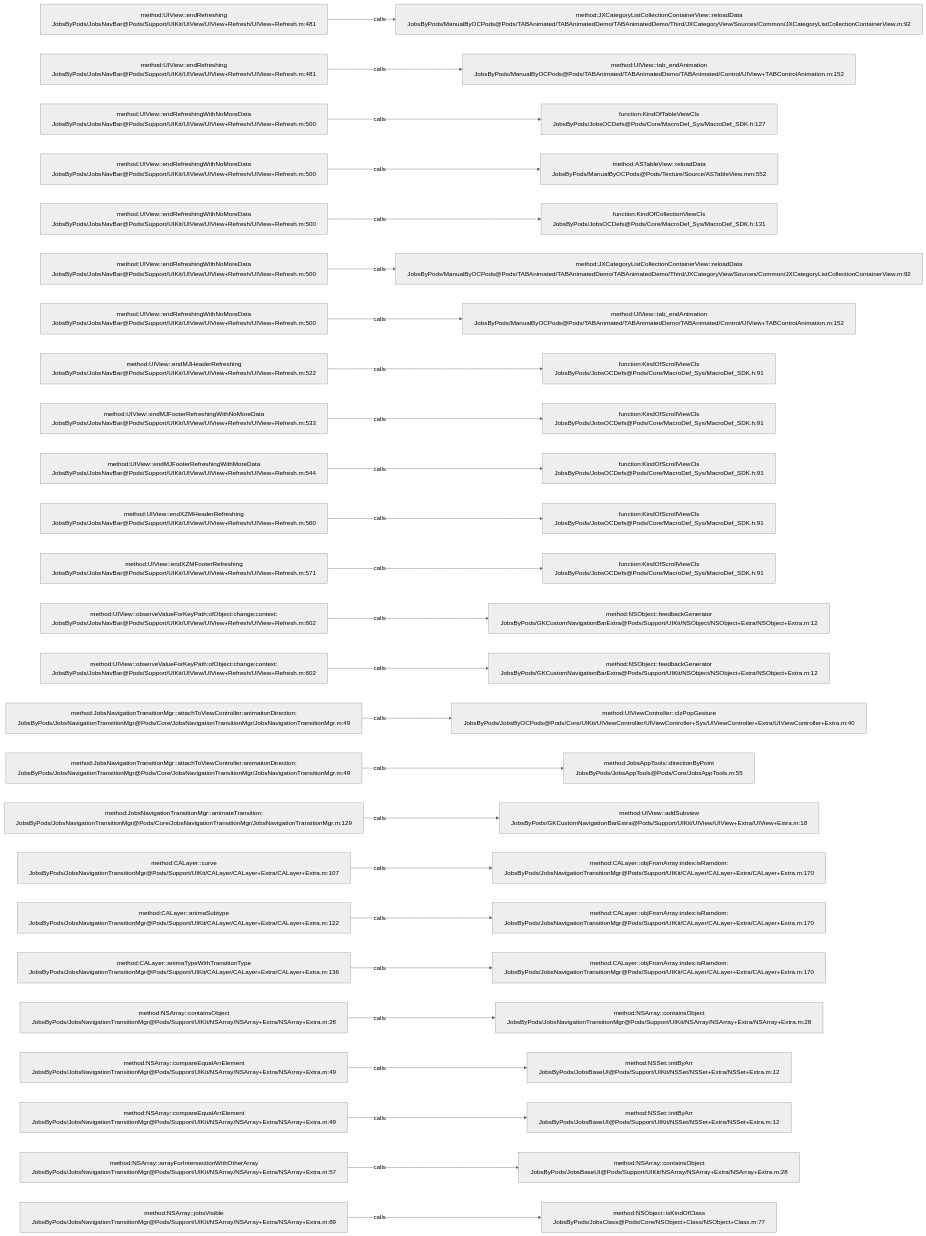
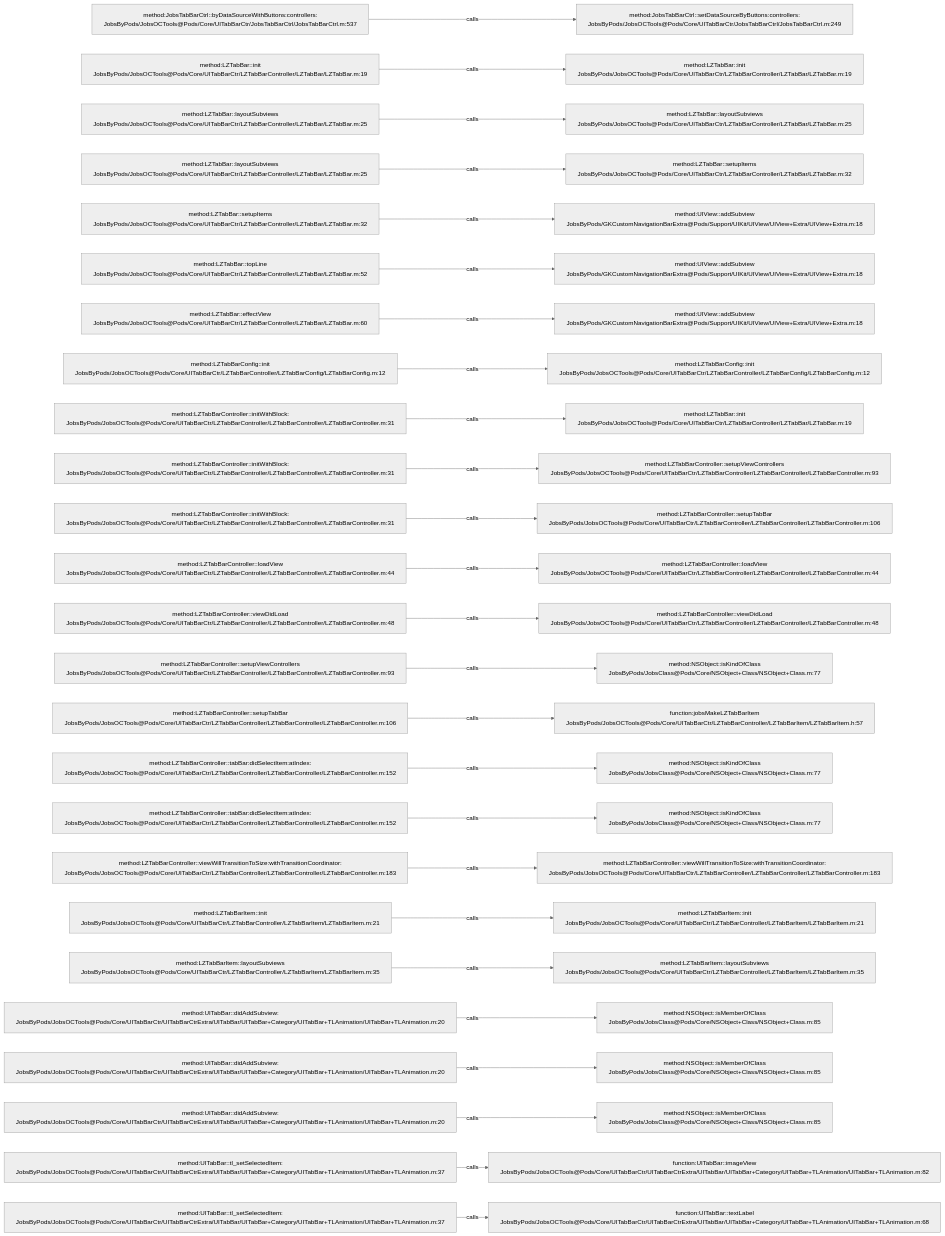
The diagram in .codegraph/codegraph.md/graphs/calls-160.md (JobsKits/JobsOCBaseConfigDemo), drawn with Mermaid (neutral theme) before and after one commit. The commit also changed 1026 other files, not shown here.

````diff
--- a/.codegraph/codegraph.md/graphs/calls-160.md
+++ b/.codegraph/codegraph.md/graphs/calls-160.md
@@ -13,78 +13,78 @@
 ```mermaid
 flowchart LR
-  S1["method:UIView::endRefreshing<br/>JobsByPods/JobsNavBar@Pods/Support/UIKit/UIView/UIView+Refresh/UIView+Refresh.m:481"]
-  T1["method:JXCategoryListCollectionContainerView::reloadData<br/>JobsByPods/ManualByOCPods@Pods/TABAnimated/TABAnimatedDemo/TABAnimatedDemo/Third/JXCategoryView/Sources/Common/JXCategoryListCollectionContainerView.m:92"]
+  S1["method:JobsTabBarCtrl::byDataSourceWithButtons:controllers:<br/>JobsByPods/JobsOCTools@Pods/Core/UITabBarCtr/JobsTabBarCtrl/JobsTabBarCtrl.m:537"]
+  T1["method:JobsTabBarCtrl::setDataSourceByButtons:controllers:<br/>JobsByPods/JobsOCTools@Pods/Core/UITabBarCtr/JobsTabBarCtrl/JobsTabBarCtrl.m:249"]
   S1 -->|calls| T1
-  S2["method:UIView::endRefreshing<br/>JobsByPods/JobsNavBar@Pods/Support/UIKit/UIView/UIView+Refresh/UIView+Refresh.m:481"]
-  T2["method:UIView::tab_endAnimation<br/>JobsByPods/ManualByOCPods@Pods/TABAnimated/TABAnimatedDemo/TABAnimated/Control/UIView+TABControlAnimation.m:152"]
+  S2["method:LZTabBar::init<br/>JobsByPods/JobsOCTools@Pods/Core/UITabBarCtr/LZTabBarController/LZTabBar/LZTabBar.m:19"]
+  T2["method:LZTabBar::init<br/>JobsByPods/JobsOCTools@Pods/Core/UITabBarCtr/LZTabBarController/LZTabBar/LZTabBar.m:19"]
   S2 -->|calls| T2
-  S3["method:UIView::endRefreshingWithNoMoreData<br/>JobsByPods/JobsNavBar@Pods/Support/UIKit/UIView/UIView+Refresh/UIView+Refresh.m:500"]
-  T3["function:KindOfTableViewCls<br/>JobsByPods/JobsOCDefs@Pods/Core/MacroDef_Sys/MacroDef_SDK.h:127"]
+  S3["method:LZTabBar::layoutSubviews<br/>JobsByPods/JobsOCTools@Pods/Core/UITabBarCtr/LZTabBarController/LZTabBar/LZTabBar.m:25"]
+  T3["method:LZTabBar::layoutSubviews<br/>JobsByPods/JobsOCTools@Pods/Core/UITabBarCtr/LZTabBarController/LZTabBar/LZTabBar.m:25"]
   S3 -->|calls| T3
-  S4["method:UIView::endRefreshingWithNoMoreData<br/>JobsByPods/JobsNavBar@Pods/Support/UIKit/UIView/UIView+Refresh/UIView+Refresh.m:500"]
-  T4["method:ASTableView::reloadData<br/>JobsByPods/ManualByOCPods@Pods/Texture/Source/ASTableView.mm:552"]
+  S4["method:LZTabBar::layoutSubviews<br/>JobsByPods/JobsOCTools@Pods/Core/UITabBarCtr/LZTabBarController/LZTabBar/LZTabBar.m:25"]
+  T4["method:LZTabBar::setupItems<br/>JobsByPods/JobsOCTools@Pods/Core/UITabBarCtr/LZTabBarController/LZTabBar/LZTabBar.m:32"]
   S4 -->|calls| T4
-  S5["method:UIView::endRefreshingWithNoMoreData<br/>JobsByPods/JobsNavBar@Pods/Support/UIKit/UIView/UIView+Refresh/UIView+Refresh.m:500"]
-  T5["function:KindOfCollectionViewCls<br/>JobsByPods/JobsOCDefs@Pods/Core/MacroDef_Sys/MacroDef_SDK.h:131"]
+  S5["method:LZTabBar::setupItems<br/>JobsByPods/JobsOCTools@Pods/Core/UITabBarCtr/LZTabBarController/LZTabBar/LZTabBar.m:32"]
+  T5["method:UIView::addSubview<br/>JobsByPods/GKCustomNavigationBarExtra@Pods/Support/UIKit/UIView/UIView+Extra/UIView+Extra.m:18"]
   S5 -->|calls| T5
-  S6["method:UIView::endRefreshingWithNoMoreData<br/>JobsByPods/JobsNavBar@Pods/Support/UIKit/UIView/UIView+Refresh/UIView+Refresh.m:500"]
-  T6["method:JXCategoryListCollectionContainerView::reloadData<br/>JobsByPods/ManualByOCPods@Pods/TABAnimated/TABAnimatedDemo/TABAnimatedDemo/Third/JXCategoryView/Sources/Common/JXCategoryListCollectionContainerView.m:92"]
+  S6["method:LZTabBar::topLine<br/>JobsByPods/JobsOCTools@Pods/Core/UITabBarCtr/LZTabBarController/LZTabBar/LZTabBar.m:52"]
+  T6["method:UIView::addSubview<br/>JobsByPods/GKCustomNavigationBarExtra@Pods/Support/UIKit/UIView/UIView+Extra/UIView+Extra.m:18"]
   S6 -->|calls| T6
-  S7["method:UIView::endRefreshingWithNoMoreData<br/>JobsByPods/JobsNavBar@Pods/Support/UIKit/UIView/UIView+Refresh/UIView+Refresh.m:500"]
-  T7["method:UIView::tab_endAnimation<br/>JobsByPods/ManualByOCPods@Pods/TABAnimated/TABAnimatedDemo/TABAnimated/Control/UIView+TABControlAnimation.m:152"]
+  S7["method:LZTabBar::effectView<br/>JobsByPods/JobsOCTools@Pods/Core/UITabBarCtr/LZTabBarController/LZTabBar/LZTabBar.m:60"]
+  T7["method:UIView::addSubview<br/>JobsByPods/GKCustomNavigationBarExtra@Pods/Support/UIKit/UIView/UIView+Extra/UIView+Extra.m:18"]
   S7 -->|calls| T7
-  S8["method:UIView::endMJHeaderRefreshing<br/>JobsByPods/JobsNavBar@Pods/Support/UIKit/UIView/UIView+Refresh/UIView+Refresh.m:522"]
-  T8["function:KindOfScrollViewCls<br/>JobsByPods/JobsOCDefs@Pods/Core/MacroDef_Sys/MacroDef_SDK.h:91"]
+  S8["method:LZTabBarConfig::init<br/>JobsByPods/JobsOCTools@Pods/Core/UITabBarCtr/LZTabBarController/LZTabBarConfig/LZTabBarConfig.m:12"]
+  T8["method:LZTabBarConfig::init<br/>JobsByPods/JobsOCTools@Pods/Core/UITabBarCtr/LZTabBarController/LZTabBarConfig/LZTabBarConfig.m:12"]
   S8 -->|calls| T8
-  S9["method:UIView::endMJFooterRefreshingWithNoMoreData<br/>JobsByPods/JobsNavBar@Pods/Support/UIKit/UIView/UIView+Refresh/UIView+Refresh.m:533"]
-  T9["function:KindOfScrollViewCls<br/>JobsByPods/JobsOCDefs@Pods/Core/MacroDef_Sys/MacroDef_SDK.h:91"]
+  S9["method:LZTabBarController::initWithBlock:<br/>JobsByPods/JobsOCTools@Pods/Core/UITabBarCtr/LZTabBarController/LZTabBarController/LZTabBarController.m:31"]
+  T9["method:LZTabBar::init<br/>JobsByPods/JobsOCTools@Pods/Core/UITabBarCtr/LZTabBarController/LZTabBar/LZTabBar.m:19"]
   S9 -->|calls| T9
-  S10["method:UIView::endMJFooterRefreshingWithMoreData<br/>JobsByPods/JobsNavBar@Pods/Support/UIKit/UIView/UIView+Refresh/UIView+Refresh.m:544"]
-  T10["function:KindOfScrollViewCls<br/>JobsByPods/JobsOCDefs@Pods/Core/MacroDef_Sys/MacroDef_SDK.h:91"]
+  S10["method:LZTabBarController::initWithBlock:<br/>JobsByPods/JobsOCTools@Pods/Core/UITabBarCtr/LZTabBarController/LZTabBarController/LZTabBarController.m:31"]
+  T10["method:LZTabBarController::setupViewControllers<br/>JobsByPods/JobsOCTools@Pods/Core/UITabBarCtr/LZTabBarController/LZTabBarController/LZTabBarController.m:93"]
   S10 -->|calls| T10
-  S11["method:UIView::endXZMHeaderRefreshing<br/>JobsByPods/JobsNavBar@Pods/Support/UIKit/UIView/UIView+Refresh/UIView+Refresh.m:560"]
-  T11["function:KindOfScrollViewCls<br/>JobsByPods/JobsOCDefs@Pods/Core/MacroDef_Sys/MacroDef_SDK.h:91"]
+  S11["method:LZTabBarController::initWithBlock:<br/>JobsByPods/JobsOCTools@Pods/Core/UITabBarCtr/LZTabBarController/LZTabBarController/LZTabBarController.m:31"]
+  T11["method:LZTabBarController::setupTabBar<br/>JobsByPods/JobsOCTools@Pods/Core/UITabBarCtr/LZTabBarController/LZTabBarController/LZTabBarController.m:106"]
   S11 -->|calls| T11
-  S12["method:UIView::endXZMFooterRefreshing<br/>JobsByPods/JobsNavBar@Pods/Support/UIKit/UIView/UIView+Refresh/UIView+Refresh.m:571"]
-  T12["function:KindOfScrollViewCls<br/>JobsByPods/JobsOCDefs@Pods/Core/MacroDef_Sys/MacroDef_SDK.h:91"]
+  S12["method:LZTabBarController::loadView<br/>JobsByPods/JobsOCTools@Pods/Core/UITabBarCtr/LZTabBarController/LZTabBarController/LZTabBarController.m:44"]
+  T12["method:LZTabBarController::loadView<br/>JobsByPods/JobsOCTools@Pods/Core/UITabBarCtr/LZTabBarController/LZTabBarController/LZTabBarController.m:44"]
   S12 -->|calls| T12
-  S13["method:UIView::observeValueForKeyPath:ofObject:change:context:<br/>JobsByPods/JobsNavBar@Pods/Support/UIKit/UIView/UIView+Refresh/UIView+Refresh.m:602"]
-  T13["method:NSObject::feedbackGenerator<br/>JobsByPods/GKCustomNavigationBarExtra@Pods/Support/UIKit/NSObject/NSObject+Extra/NSObject+Extra.m:12"]
+  S13["method:LZTabBarController::viewDidLoad<br/>JobsByPods/JobsOCTools@Pods/Core/UITabBarCtr/LZTabBarController/LZTabBarController/LZTabBarController.m:48"]
+  T13["method:LZTabBarController::viewDidLoad<br/>JobsByPods/JobsOCTools@Pods/Core/UITabBarCtr/LZTabBarController/LZTabBarController/LZTabBarController.m:48"]
   S13 -->|calls| T13
-  S14["method:UIView::observeValueForKeyPath:ofObject:change:context:<br/>JobsByPods/JobsNavBar@Pods/Support/UIKit/UIView/UIView+Refresh/UIView+Refresh.m:602"]
-  T14["method:NSObject::feedbackGenerator<br/>JobsByPods/GKCustomNavigationBarExtra@Pods/Support/UIKit/NSObject/NSObject+Extra/NSObject+Extra.m:12"]
+  S14["method:LZTabBarController::setupViewControllers<br/>JobsByPods/JobsOCTools@Pods/Core/UITabBarCtr/LZTabBarController/LZTabBarController/LZTabBarController.m:93"]
+  T14["method:NSObject::isKindOfClass<br/>JobsByPods/JobsClass@Pods/Core/NSObject+Class/NSObject+Class.m:77"]
   S14 -->|calls| T14
-  S15["method:JobsNavigationTransitionMgr::attachToViewController:animationDirection:<br/>JobsByPods/JobsNavigationTransitionMgr@Pods/Core/JobsNavigationTransitionMgr/JobsNavigationTransitionMgr.m:49"]
-  T15["method:UIViewController::clzPopGesture<br/>JobsByPods/JobsByOCPods@Pods/Core/UIKit/UIViewController/UIViewController+Sys/UIViewController+Extra/UIViewController+Extra.m:40"]
+  S15["method:LZTabBarController::setupTabBar<br/>JobsByPods/JobsOCTools@Pods/Core/UITabBarCtr/LZTabBarController/LZTabBarController/LZTabBarController.m:106"]
+  T15["function:jobsMakeLZTabBarItem<br/>JobsByPods/JobsOCTools@Pods/Core/UITabBarCtr/LZTabBarController/LZTabBarItem/LZTabBarItem.h:57"]
   S15 -->|calls| T15
-  S16["method:JobsNavigationTransitionMgr::attachToViewController:animationDirection:<br/>JobsByPods/JobsNavigationTransitionMgr@Pods/Core/JobsNavigationTransitionMgr/JobsNavigationTransitionMgr.m:49"]
-  T16["method:JobsAppTools::directionByPoint<br/>JobsByPods/JobsAppTools@Pods/Core/JobsAppTools.m:55"]
+  S16["method:LZTabBarController::tabBar:didSelectItem:atIndex:<br/>JobsByPods/JobsOCTools@Pods/Core/UITabBarCtr/LZTabBarController/LZTabBarController/LZTabBarController.m:152"]
+  T16["method:NSObject::isKindOfClass<br/>JobsByPods/JobsClass@Pods/Core/NSObject+Class/NSObject+Class.m:77"]
   S16 -->|calls| T16
-  S17["method:JobsNavigationTransitionMgr::animateTransition:<br/>JobsByPods/JobsNavigationTransitionMgr@Pods/Core/JobsNavigationTransitionMgr/JobsNavigationTransitionMgr.m:129"]
-  T17["method:UIView::addSubview<br/>JobsByPods/GKCustomNavigationBarExtra@Pods/Support/UIKit/UIView/UIView+Extra/UIView+Extra.m:18"]
+  S17["method:LZTabBarController::tabBar:didSelectItem:atIndex:<br/>JobsByPods/JobsOCTools@Pods/Core/UITabBarCtr/LZTabBarController/LZTabBarController/LZTabBarController.m:152"]
+  T17["method:NSObject::isKindOfClass<br/>JobsByPods/JobsClass@Pods/Core/NSObject+Class/NSObject+Class.m:77"]
   S17 -->|calls| T17
-  S18["method:CALayer::curve<br/>JobsByPods/JobsNavigationTransitionMgr@Pods/Support/UIKit/CALayer/CALayer+Extra/CALayer+Extra.m:107"]
-  T18["method:CALayer::objFromArray:index:isRamdom:<br/>JobsByPods/JobsNavigationTransitionMgr@Pods/Support/UIKit/CALayer/CALayer+Extra/CALayer+Extra.m:170"]
+  S18["method:LZTabBarController::viewWillTransitionToSize:withTransitionCoordinator:<br/>JobsByPods/JobsOCTools@Pods/Core/UITabBarCtr/LZTabBarController/LZTabBarController/LZTabBarController.m:183"]
+  T18["method:LZTabBarController::viewWillTransitionToSize:withTransitionCoordinator:<br/>JobsByPods/JobsOCTools@Pods/Core/UITabBarCtr/LZTabBarController/LZTabBarController/LZTabBarController.m:183"]
   S18 -->|calls| T18
-  S19["method:CALayer::animaSubtype<br/>JobsByPods/JobsNavigationTransitionMgr@Pods/Support/UIKit/CALayer/CALayer+Extra/CALayer+Extra.m:122"]
-  T19["method:CALayer::objFromArray:index:isRamdom:<br/>JobsByPods/JobsNavigationTransitionMgr@Pods/Support/UIKit/CALayer/CALayer+Extra/CALayer+Extra.m:170"]
+  S19["method:LZTabBarItem::init<br/>JobsByPods/JobsOCTools@Pods/Core/UITabBarCtr/LZTabBarController/LZTabBarItem/LZTabBarItem.m:21"]
+  T19["method:LZTabBarItem::init<br/>JobsByPods/JobsOCTools@Pods/Core/UITabBarCtr/LZTabBarController/LZTabBarItem/LZTabBarItem.m:21"]
   S19 -->|calls| T19
-  S20["method:CALayer::animaTypeWithTransitionType<br/>JobsByPods/JobsNavigationTransitionMgr@Pods/Support/UIKit/CALayer/CALayer+Extra/CALayer+Extra.m:136"]
-  T20["method:CALayer::objFromArray:index:isRamdom:<br/>JobsByPods/JobsNavigationTransitionMgr@Pods/Support/UIKit/CALayer/CALayer+Extra/CALayer+Extra.m:170"]
+  S20["method:LZTabBarItem::layoutSubviews<br/>JobsByPods/JobsOCTools@Pods/Core/UITabBarCtr/LZTabBarController/LZTabBarItem/LZTabBarItem.m:35"]
+  T20["method:LZTabBarItem::layoutSubviews<br/>JobsByPods/JobsOCTools@Pods/Core/UITabBarCtr/LZTabBarController/LZTabBarItem/LZTabBarItem.m:35"]
   S20 -->|calls| T20
-  S21["method:NSArray::containsObject<br/>JobsByPods/JobsNavigationTransitionMgr@Pods/Support/UIKit/NSArray/NSArray+Extra/NSArray+Extra.m:28"]
-  T21["method:NSArray::containsObject<br/>JobsByPods/JobsNavigationTransitionMgr@Pods/Support/UIKit/NSArray/NSArray+Extra/NSArray+Extra.m:28"]
+  S21["method:UITabBar::didAddSubview:<br/>JobsByPods/JobsOCTools@Pods/Core/UITabBarCtr/UITabBarCtrExtra/UITabBar/UITabBar+Category/UITabBar+TLAnimation/UITabBar+TLAnimation.m:20"]
+  T21["method:NSObject::isMemberOfClass<br/>JobsByPods/JobsClass@Pods/Core/NSObject+Class/NSObject+Class.m:85"]
   S21 -->|calls| T21
-  S22["method:NSArray::compareEqualArrElement<br/>JobsByPods/JobsNavigationTransitionMgr@Pods/Support/UIKit/NSArray/NSArray+Extra/NSArray+Extra.m:49"]
-  T22["method:NSSet::initByArr<br/>JobsByPods/JobsBaseUI@Pods/Support/UIKit/NSSet/NSSet+Extra/NSSet+Extra.m:12"]
+  S22["method:UITabBar::didAddSubview:<br/>JobsByPods/JobsOCTools@Pods/Core/UITabBarCtr/UITabBarCtrExtra/UITabBar/UITabBar+Category/UITabBar+TLAnimation/UITabBar+TLAnimation.m:20"]
+  T22["method:NSObject::isMemberOfClass<br/>JobsByPods/JobsClass@Pods/Core/NSObject+Class/NSObject+Class.m:85"]
   S22 -->|calls| T22
-  S23["method:NSArray::compareEqualArrElement<br/>JobsByPods/JobsNavigationTransitionMgr@Pods/Support/UIKit/NSArray/NSArray+Extra/NSArray+Extra.m:49"]
-  T23["method:NSSet::initByArr<br/>JobsByPods/JobsBaseUI@Pods/Support/UIKit/NSSet/NSSet+Extra/NSSet+Extra.m:12"]
+  S23["method:UITabBar::didAddSubview:<br/>JobsByPods/JobsOCTools@Pods/Core/UITabBarCtr/UITabBarCtrExtra/UITabBar/UITabBar+Category/UITabBar+TLAnimation/UITabBar+TLAnimation.m:20"]
+  T23["method:NSObject::isMemberOfClass<br/>JobsByPods/JobsClass@Pods/Core/NSObject+Class/NSObject+Class.m:85"]
   S23 -->|calls| T23
-  S24["method:NSArray::arrayForIntersectionWithOtherArray<br/>JobsByPods/JobsNavigationTransitionMgr@Pods/Support/UIKit/NSArray/NSArray+Extra/NSArray+Extra.m:57"]
-  T24["method:NSArray::containsObject<br/>JobsByPods/JobsBaseUI@Pods/Support/UIKit/NSArray/NSArray+Extra/NSArray+Extra.m:28"]
+  S24["method:UITabBar::tl_setSelectedItem:<br/>JobsByPods/JobsOCTools@Pods/Core/UITabBarCtr/UITabBarCtrExtra/UITabBar/UITabBar+Category/UITabBar+TLAnimation/UITabBar+TLAnimation.m:37"]
+  T24["function:UITabBar::imageView<br/>JobsByPods/JobsOCTools@Pods/Core/UITabBarCtr/UITabBarCtrExtra/UITabBar/UITabBar+Category/UITabBar+TLAnimation/UITabBar+TLAnimation.m:82"]
   S24 -->|calls| T24
-  S25["method:NSArray::jobsVisible<br/>JobsByPods/JobsNavigationTransitionMgr@Pods/Support/UIKit/NSArray/NSArray+Extra/NSArray+Extra.m:89"]
-  T25["method:NSObject::isKindOfClass<br/>JobsByPods/JobsClass@Pods/Core/NSObject+Class/NSObject+Class.m:77"]
+  S25["method:UITabBar::tl_setSelectedItem:<br/>JobsByPods/JobsOCTools@Pods/Core/UITabBarCtr/UITabBarCtrExtra/UITabBar/UITabBar+Category/UITabBar+TLAnimation/UITabBar+TLAnimation.m:37"]
+  T25["function:UITabBar::textLabel<br/>JobsByPods/JobsOCTools@Pods/Core/UITabBarCtr/UITabBarCtrExtra/UITabBar/UITabBar+Category/UITabBar+TLAnimation/UITabBar+TLAnimation.m:68"]
   S25 -->|calls| T25
 ```
````
